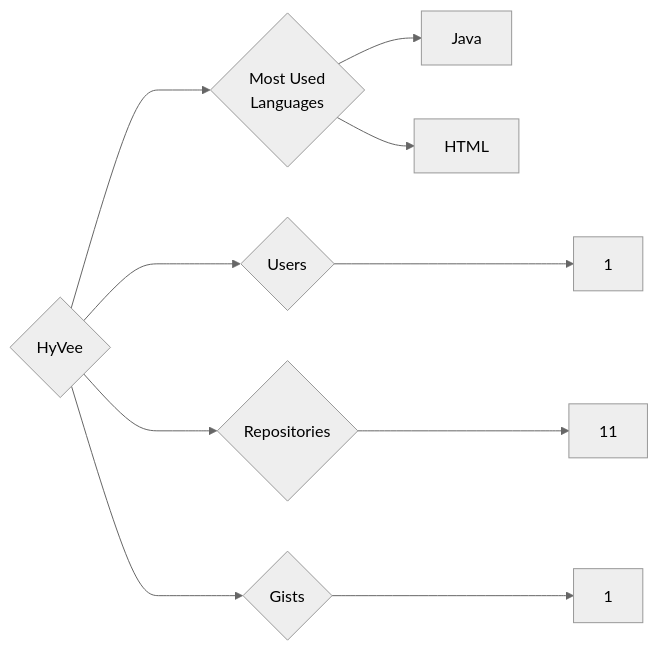
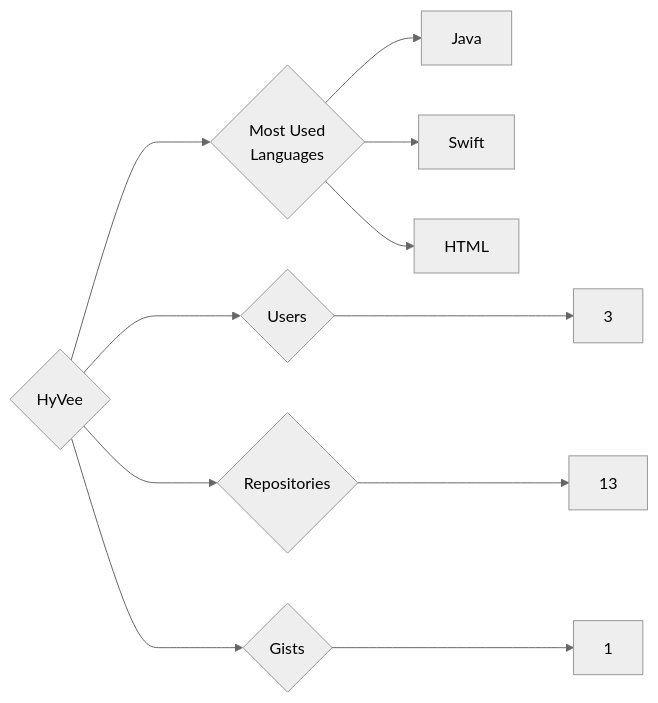
One commit to trickest/insiders changed the diagram in targets/HyVee/README.md. Above: the diagram before and after it, drawn with Mermaid (neutral theme). The commit also changed 1036 other files, not shown here.

````diff
--- a/targets/HyVee/README.md
+++ b/targets/HyVee/README.md
@@ -3,10 +3,11 @@
 ```mermaid
 graph LR
 COMPANY_NAME{HyVee}
-COMPANY_NAME ---> U{Users} ---> UN[1]
-COMPANY_NAME ---> R{Repositories} ---> RN[11]
+COMPANY_NAME ---> U{Users} ---> UN[3]
+COMPANY_NAME ---> R{Repositories} ---> RN[13]
 COMPANY_NAME ---> G{Gists} ---> GN[1]
 COMPANY_NAME ---> ML{Most Used<br>Languages}
 ML --> Java[Java]
+ML --> Swift[Swift]
 ML --> HTML[HTML]
 ```
````
